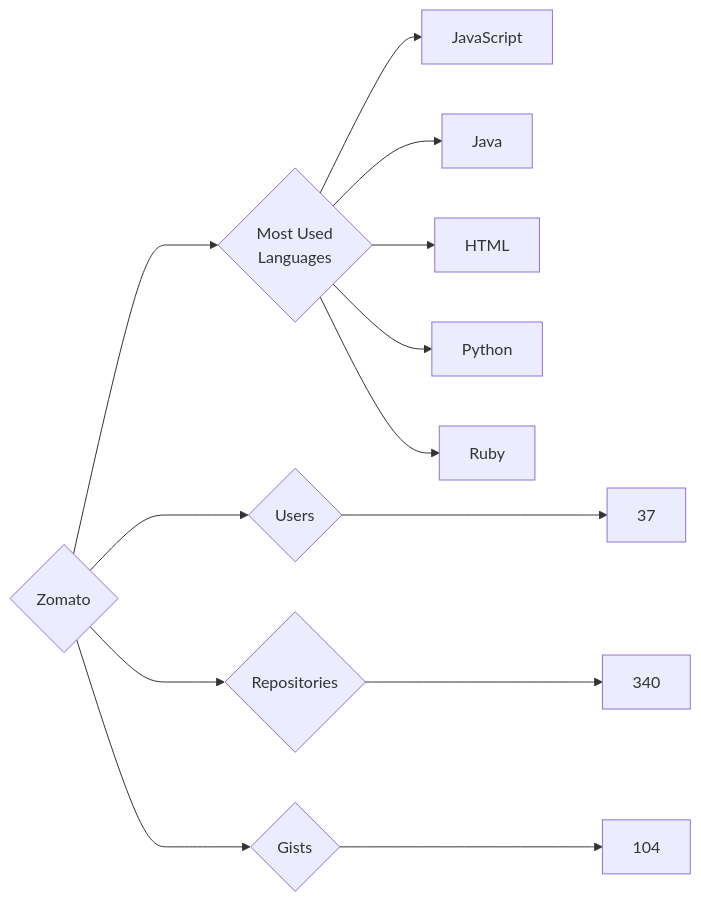
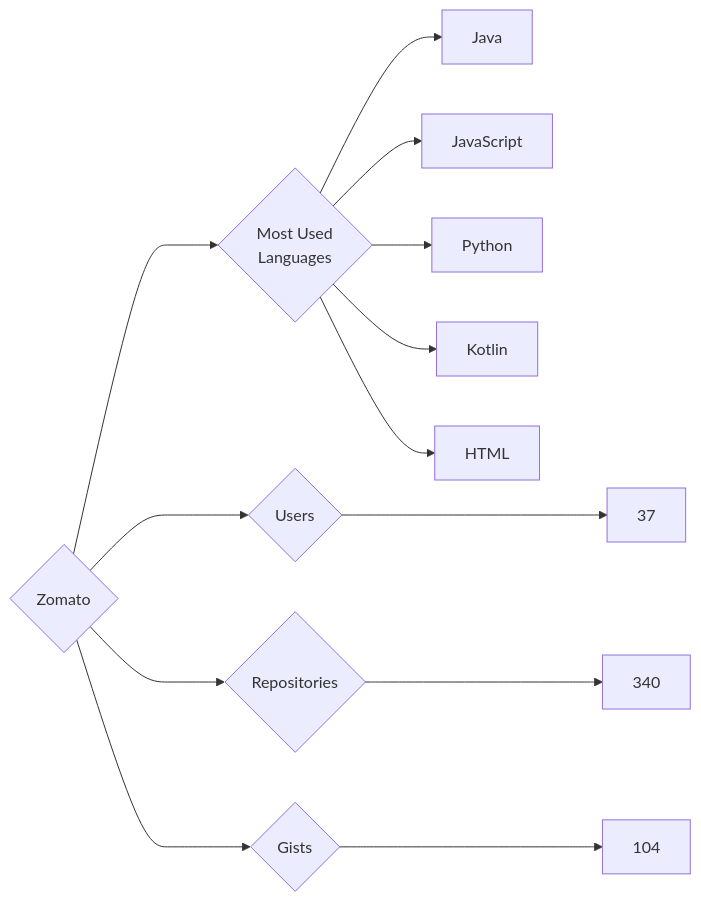
Before and after one commit to trickest/insiders: the diagram in targets/Zomato/README.md, drawn with Mermaid. The commit also changed 682 other files, not shown here.

````diff
--- a/targets/Zomato/README.md
+++ b/targets/Zomato/README.md
@@ -3,13 +3,13 @@
 ```mermaid
 graph LR
 COMPANY_NAME{Zomato}
 COMPANY_NAME ---> U{Users} ---> UN[37]
 COMPANY_NAME ---> R{Repositories} ---> RN[340]
 COMPANY_NAME ---> G{Gists} ---> GN[104]
 COMPANY_NAME ---> ML{Most Used<br>Languages}
+ML --> Java[Java]
 ML --> JavaScript[JavaScript]
-ML --> Java[Java]
+ML --> Python[Python]
+ML --> Kotlin[Kotlin]
 ML --> HTML[HTML]
-ML --> Python[Python]
-ML --> Ruby[Ruby]
 ```
````
